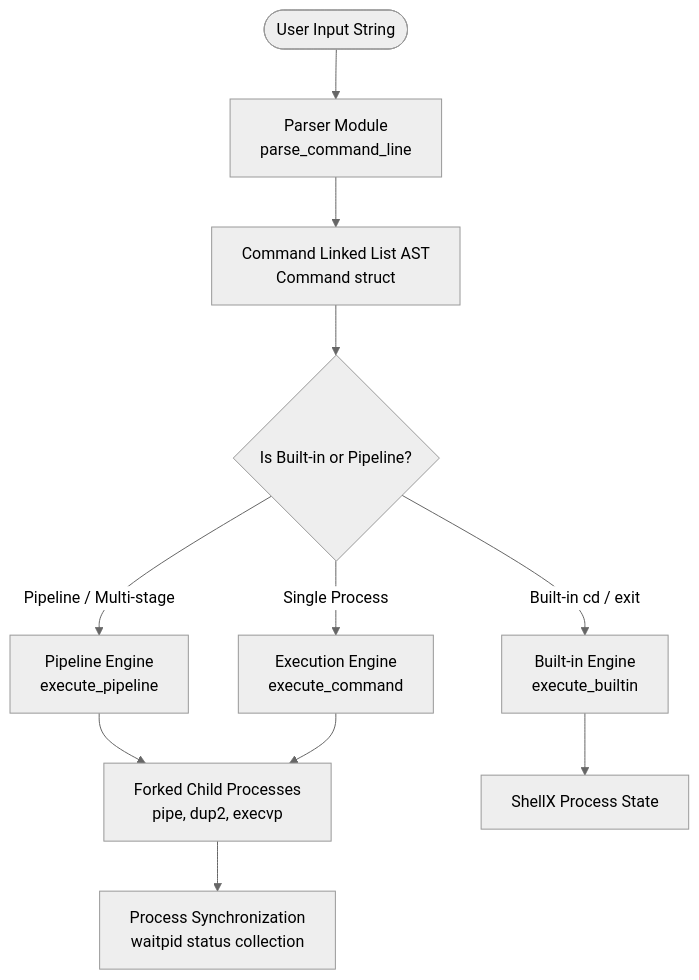
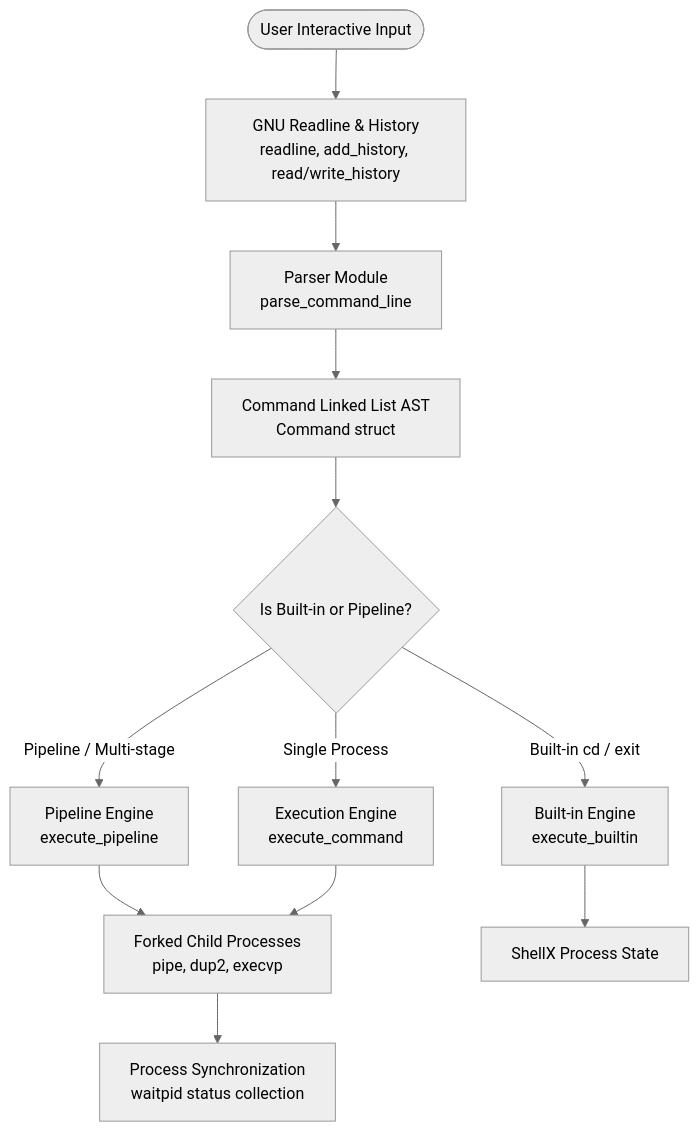
Before and after one commit to Rakshaad-Kolhe/ShellX: the diagram in README.md, drawn with Mermaid (neutral theme). The commit also changed other lines of this file and 4 other files, not shown here.

Commit message:
feat: add GNU Readline support with persistent history

````diff
--- a/README.md
+++ b/README.md
@@ -54,13 +54,14 @@
 ```mermaid
 flowchart TD
-    User([User Input String]) --> Parser[Parser Module<br/>parse_command_line]
+    User([User Interactive Input]) --> Readline[GNU Readline & History<br/>readline, add_history, read/write_history]
+    Readline --> Parser[Parser Module<br/>parse_command_line]
     Parser --> AST[Command Linked List AST<br/>Command struct]
     AST --> Router{Is Built-in or Pipeline?}
     Router -->|Pipeline / Multi-stage| Pipeline[Pipeline Engine<br/>execute_pipeline]
     Router -->|Built-in cd / exit| Builtin[Built-in Engine<br/>execute_builtin]
     Router -->|Single Process| Executor[Execution Engine<br/>execute_command]
     Pipeline --> Processes[Forked Child Processes<br/>pipe, dup2, execvp]
     Executor --> Processes
     Builtin --> ShellProcess[ShellX Process State]
     Processes --> Wait[Process Synchronization<br/>waitpid status collection]
 ```
````
